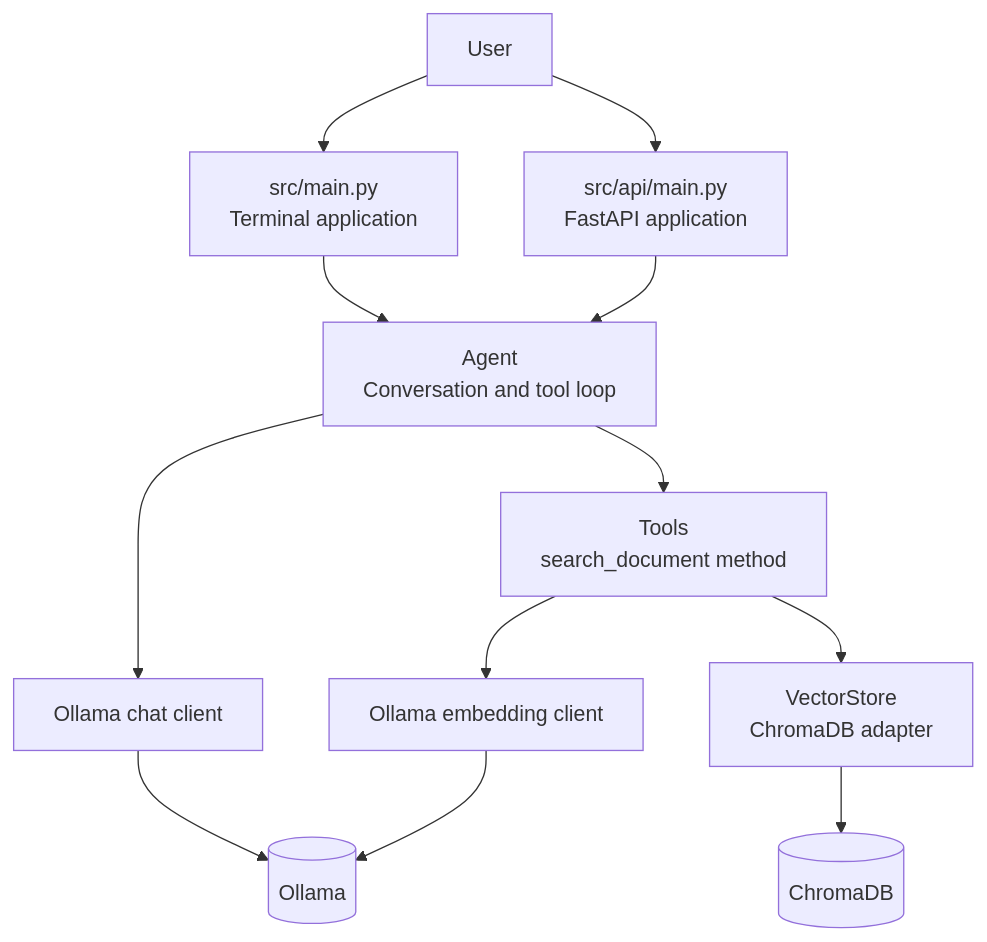
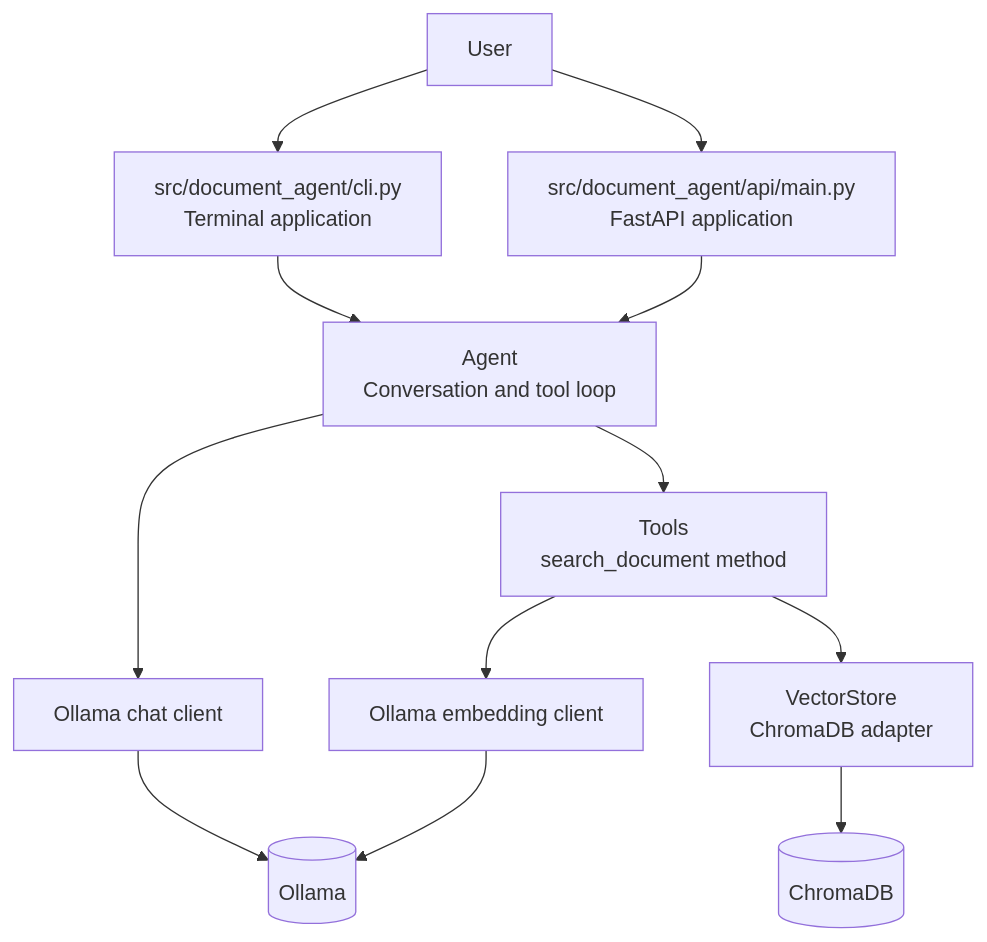
The diagram in PROJECT_SUMMARY.md (thisismayuresh/rag-document), drawn with Mermaid before and after one commit. The commit also changed other lines of this file, not shown here.

````diff
--- a/PROJECT_SUMMARY.md
+++ b/PROJECT_SUMMARY.md
@@ -29,25 +29,25 @@
 ```mermaid
 flowchart TB
     User[User]
-    Main[src/main.py\nTerminal application]
-    API[src/api/main.py\nFastAPI application]
+    Main[src/document_agent/cli.py\nTerminal application]
+    API[src/document_agent/api/main.py\nFastAPI application]
     Agent[Agent\nConversation and tool loop]
     Tools[Tools\nsearch_document method]
     Embeddings[Ollama embedding client]
     Chat[Ollama chat client]
     Store[VectorStore\nChromaDB adapter]
     Ollama[(Ollama)]
     Chroma[(ChromaDB)]
 
     User --> Main
     User --> API
     Main --> Agent
     API --> Agent
     Agent --> Chat
     Agent --> Tools
     Tools --> Embeddings
     Tools --> Store
     Chat --> Ollama
     Embeddings --> Ollama
     Store --> Chroma
 ```
````
